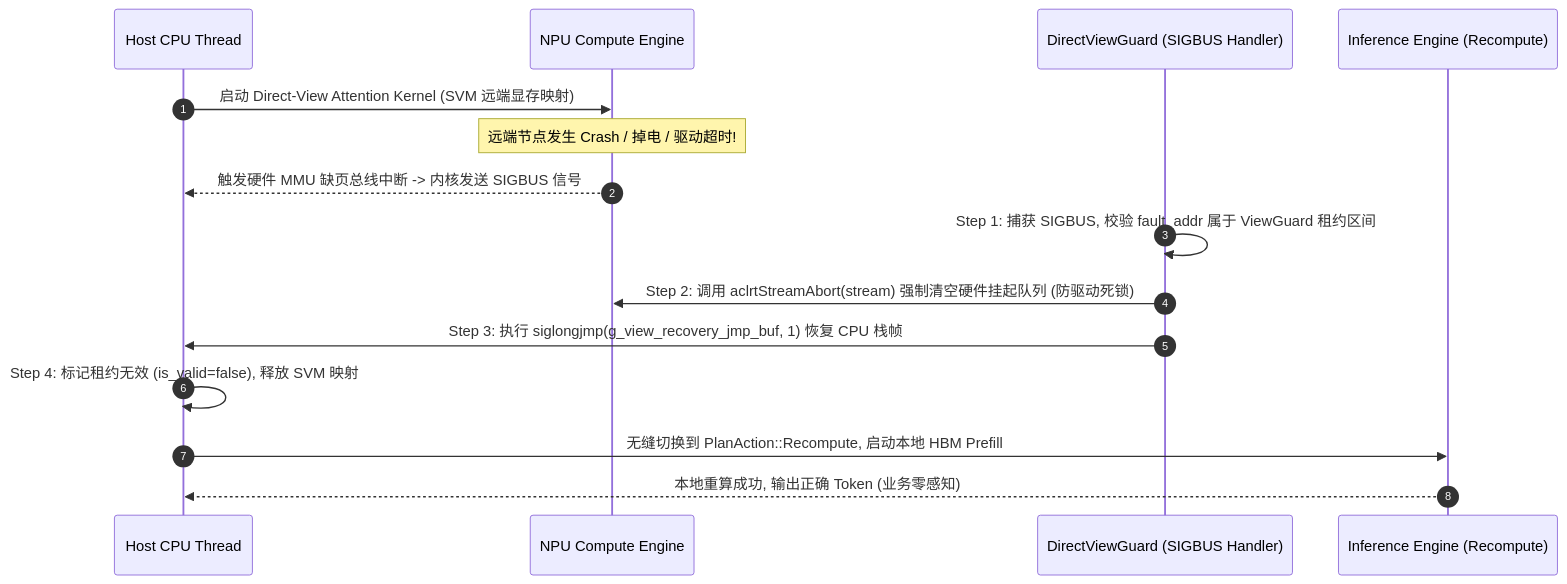
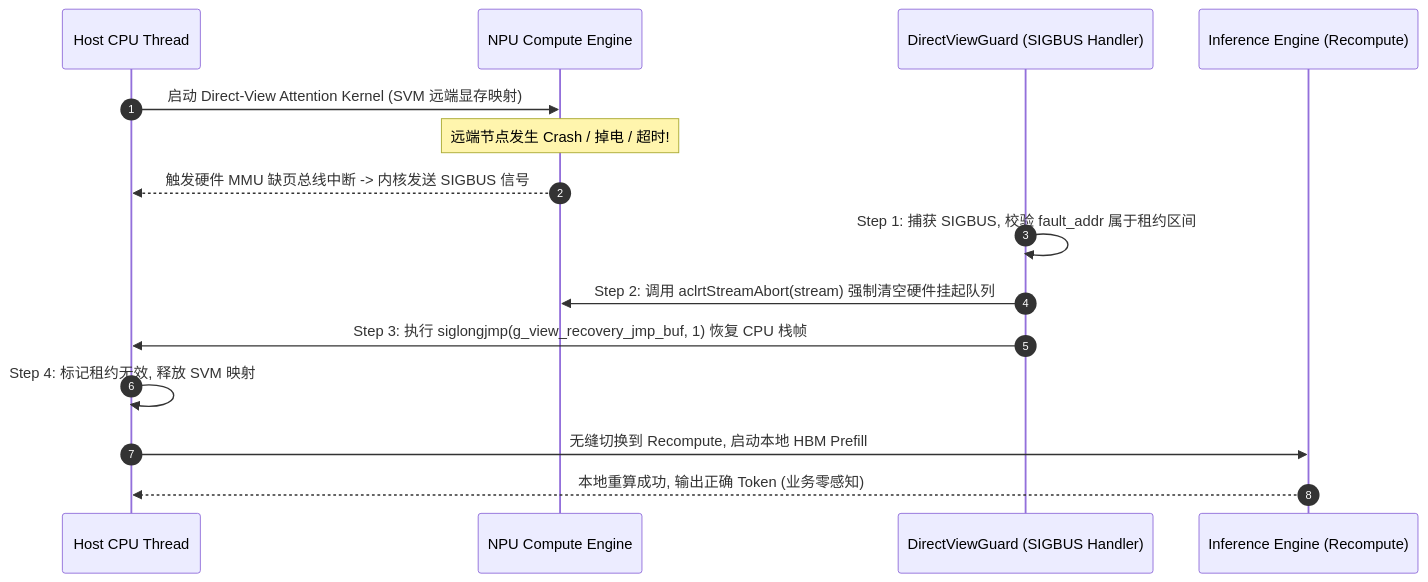
One commit to stonetree/reports changed the second of 2 diagrams in kvcache/unified_kv_memory/提前验证方案设计/验证计划方案设计/04_PVT-03_DirectView与Copy-to-HBM适用边界与ViewGuard验证实施方案设计.md. Above: the diagram before and after it, drawn with Mermaid. The commit also changed other lines of this file and 32 other files, not shown here.

````diff
--- a/kvcache/unified_kv_memory/提前验证方案设计/验证计划方案设计/04_PVT-03_DirectView与Copy-to-HBM适用边界与ViewGuard验证实施方案设计.md
+++ b/kvcache/unified_kv_memory/提前验证方案设计/验证计划方案设计/04_PVT-03_DirectView与Copy-to-HBM适用边界与ViewGuard验证实施方案设计.md
@@ -95,18 +96,18 @@
 ```mermaid
 sequenceDiagram
     autonumber
     participant Host as Host CPU Thread
     participant NPU as NPU Compute Engine
     participant Guard as DirectViewGuard (SIGBUS Handler)
     participant Engine as Inference Engine (Recompute)
 
     Host->>NPU: 启动 Direct-View Attention Kernel (SVM 远端显存映射)
-    Note over NPU: 远端节点发生 Crash / 掉电 / 驱动超时!
+    Note over NPU: 远端节点发生 Crash / 掉电 / 超时!
     NPU-->>Host: 触发硬件 MMU 缺页总线中断 -> 内核发送 SIGBUS 信号
-    Guard->>Guard: Step 1: 捕获 SIGBUS, 校验 fault_addr 属于 ViewGuard 租约区间
-    Guard->>NPU: Step 2: 调用 aclrtStreamAbort(stream) 强制清空硬件挂起队列 (防驱动死锁)
+    Guard->>Guard: Step 1: 捕获 SIGBUS, 校验 fault_addr 属于租约区间
+    Guard->>NPU: Step 2: 调用 aclrtStreamAbort(stream) 强制清空硬件挂起队列
     Guard->>Host: Step 3: 执行 siglongjmp(g_view_recovery_jmp_buf, 1) 恢复 CPU 栈帧
-    Host->>Host: Step 4: 标记租约无效 (is_valid=false), 释放 SVM 映射
-    Host->>Engine: 无缝切换到 PlanAction::Recompute, 启动本地 HBM Prefill
+    Host->>Host: Step 4: 标记租约无效, 释放 SVM 映射
+    Host->>Engine: 无缝切换到 Recompute, 启动本地 HBM Prefill
     Engine-->>Host: 本地重算成功, 输出正确 Token (业务零感知)
 ```
````
